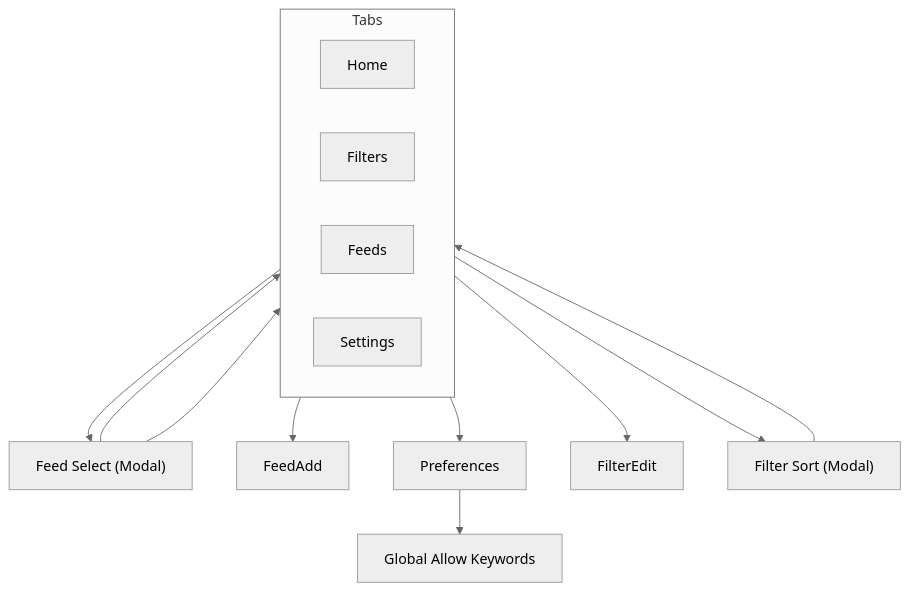
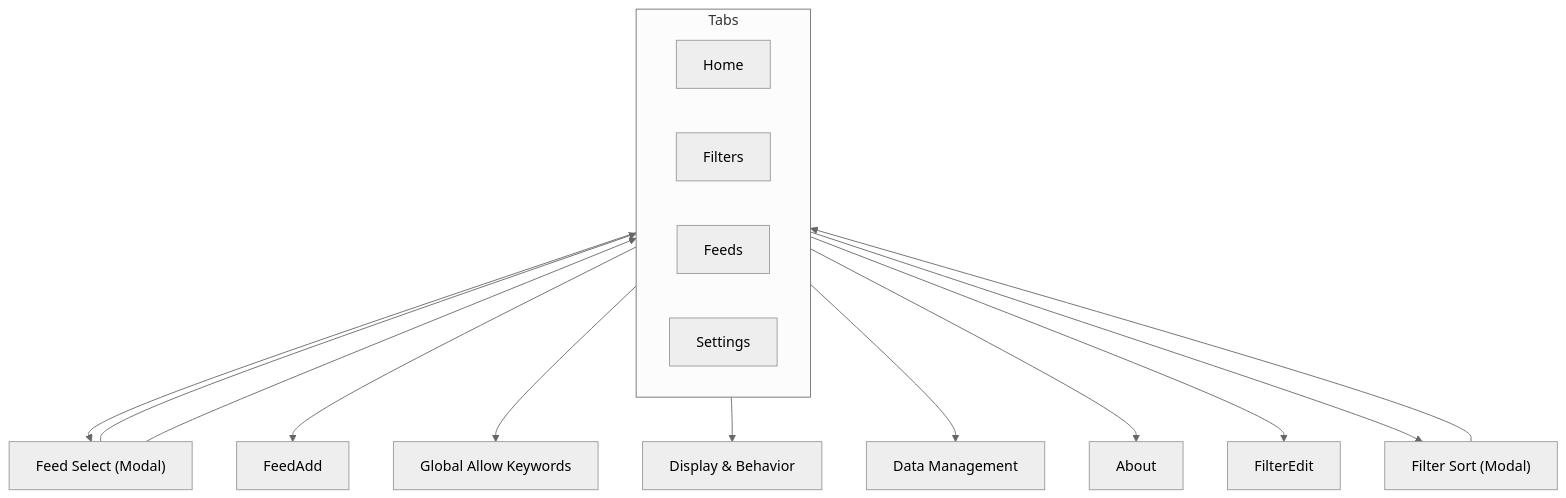
One commit to yskms/filto-app changed the diagram in docs/02_basic_design/01_screen_flow.md. Above: the diagram before and after it, drawn with Mermaid (neutral theme). The commit also changed other lines of this file and 27 other files, not shown here.

````diff
--- a/docs/02_basic_design/01_screen_flow.md
+++ b/docs/02_basic_design/01_screen_flow.md
@@ -5,31 +5,36 @@
 ```mermaid
 flowchart TB
   %% Tabs
   subgraph Tabs["Tabs"]
     direction LR
     Home["Home"]
     Filters["Filters"]
     Feeds["Feeds"]
     Settings["Settings"]
   end
   
   %% Home flow
   FeedSelect["Feed Select (Modal)"]
   Home --> FeedSelect --> Home
   FeedSelect --> Feeds
   
   %% Feeds flow
   FeedAdd["FeedAdd"]
   Feeds --> FeedAdd
   
   %% Settings flow
-  Preferences["Preferences"]
   GlobalAllowKeywords["Global Allow Keywords"]
-  Settings --> Preferences --> GlobalAllowKeywords
+  DisplayBehavior["Display & Behavior"]
+  DataManagement["Data Management"]
+  About["About"]
+  Settings --> GlobalAllowKeywords
+  Settings --> DisplayBehavior
+  Settings --> DataManagement
+  Settings --> About
   
   %% Filters flow
   FilterEdit["FilterEdit"]
   FilterSort["Filter Sort (Modal)"]
   Filters --> FilterEdit
   Filters --> FilterSort --> Filters
 ```
````
